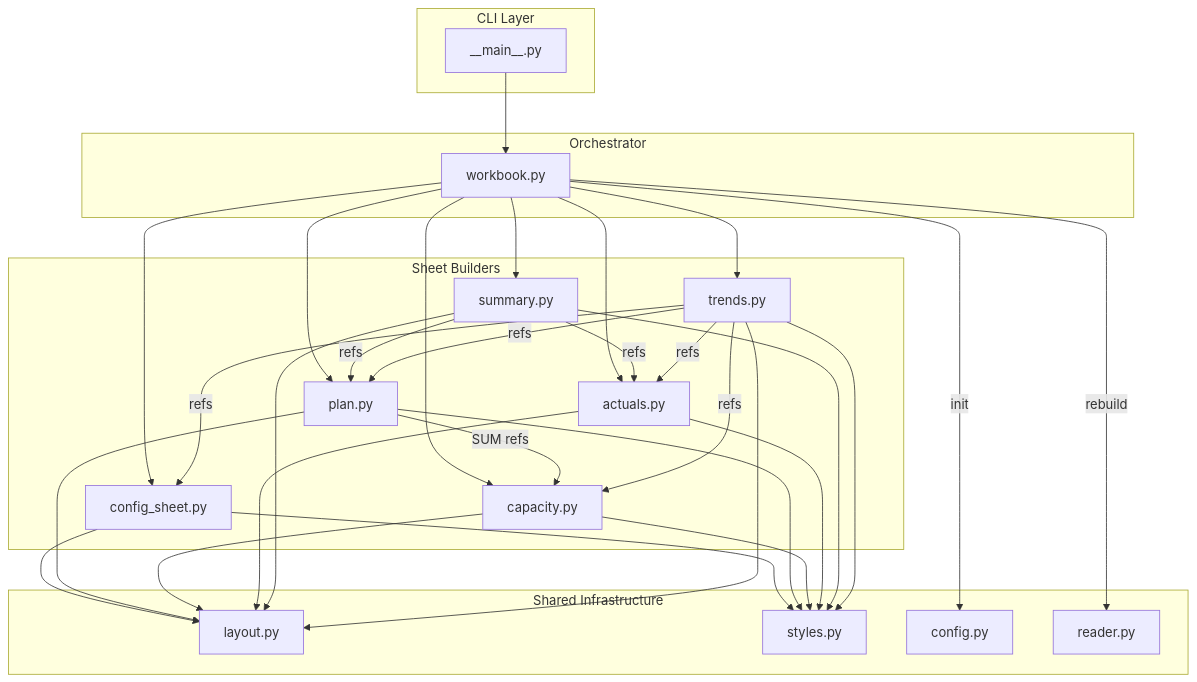
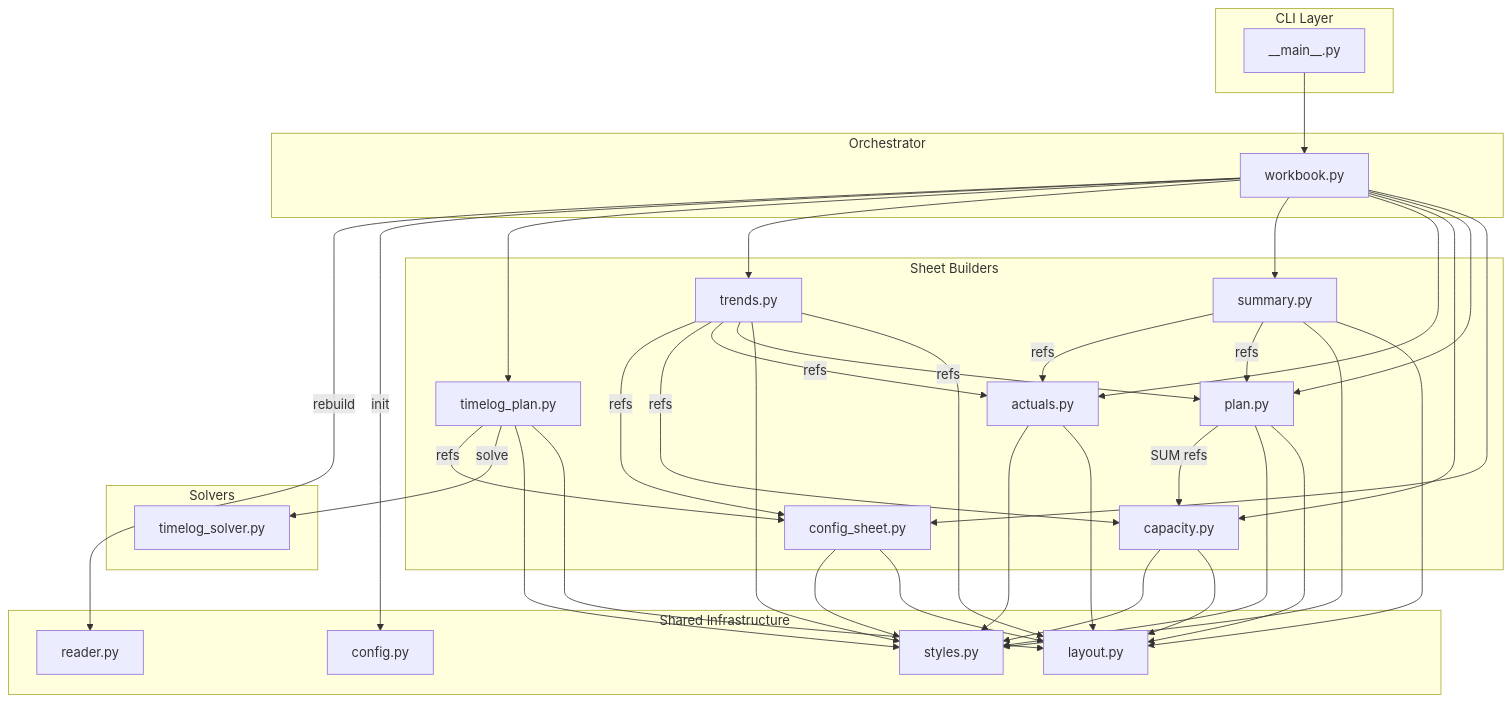
Before and after one commit to KristjanHS/budget-planner: the second of 6 diagrams in docs/architecture.md, drawn with Mermaid. The commit also changed other lines of this file and 7 other files, not shown here.

````diff
--- a/docs/architecture.md
+++ b/docs/architecture.md
@@ -22,25 +22,31 @@
 ```mermaid
 graph TB
   subgraph "CLI Layer"
     CLI["__main__.py"]
   end
   subgraph "Orchestrator"
     WB["workbook.py"]
   end
   subgraph "Sheet Builders"
     CFG_S["config_sheet.py"] & PLAN["plan.py"] & CAP["capacity.py"]
     ACT["actuals.py"] & SUM["summary.py"] & TRENDS["trends.py"]
+    TLP["timelog_plan.py"]
+  end
+  subgraph "Solvers"
+    TLS["timelog_solver.py"]
   end
   subgraph "Shared Infrastructure"
     LAYOUT["layout.py"] & STYLES["styles.py"]
     CONFIG["config.py"] & READER["reader.py"]
   end
   CLI --> WB
-  WB --> CFG_S & PLAN & CAP & ACT & SUM & TRENDS
+  WB --> CFG_S & PLAN & CAP & ACT & SUM & TRENDS & TLP
   WB -->|"init"| CONFIG
   WB -->|"rebuild"| READER
-  CFG_S & PLAN & CAP & ACT & SUM & TRENDS --> LAYOUT & STYLES
+  CFG_S & PLAN & CAP & ACT & SUM & TRENDS & TLP --> LAYOUT & STYLES
+  TLP -->|"solve"| TLS
   PLAN -->|"SUM refs"| CAP
   SUM -->|"refs"| PLAN & ACT
   TRENDS -->|"refs"| PLAN & ACT & CAP & CFG_S
+  TLP -->|"refs"| CFG_S
 ```
````
